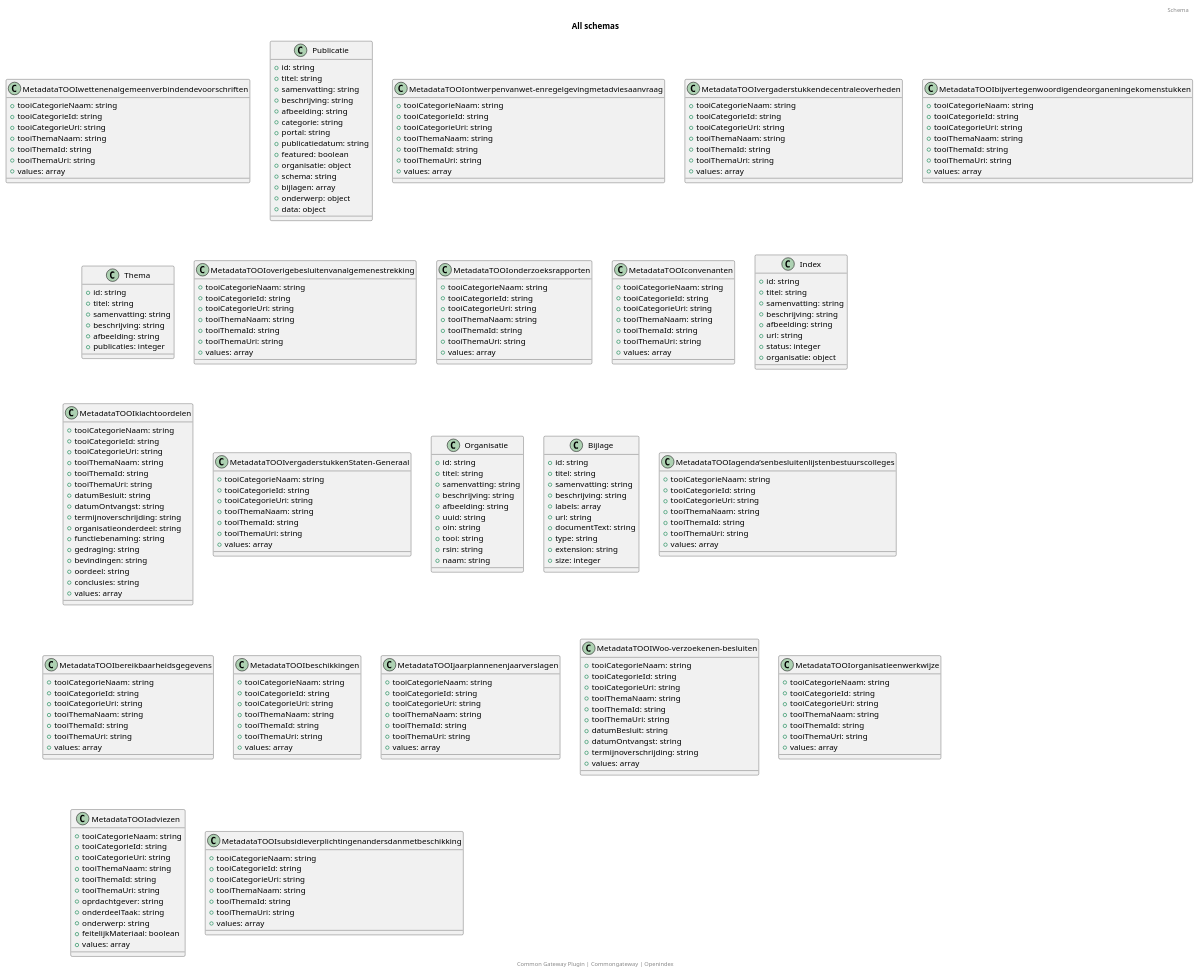
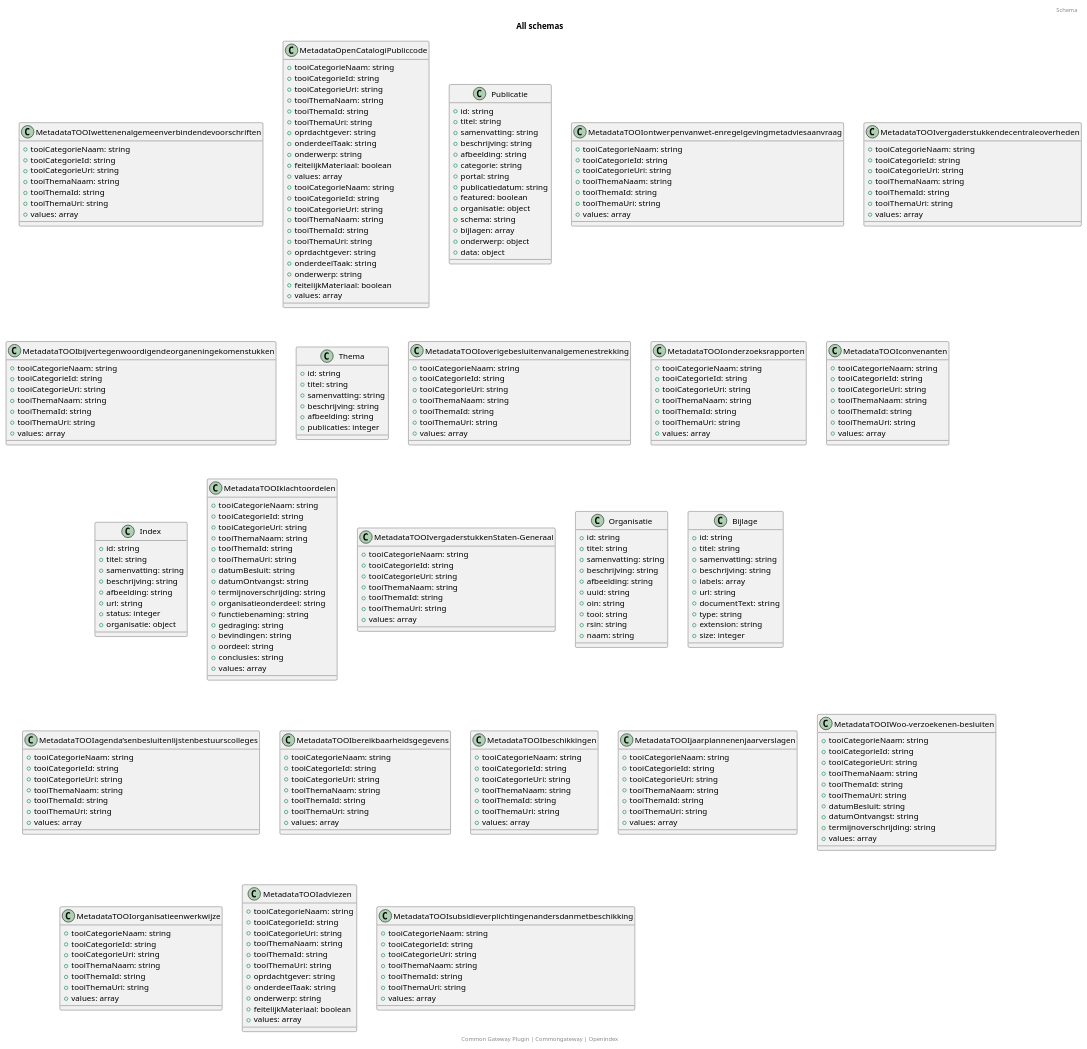
One commit to CommonGateway/OpenIndex changed the diagram in docs/schema/all_schema_classes.puml. Above: the diagram before and after it, drawn with PlantUML. The commit also changed 22 other files, not shown here.

```diff
--- a/docs/schema/all_schema_classes.puml
+++ b/docs/schema/all_schema_classes.puml
@@ -9,6 +9,19 @@
   + tooiThemaNaam: string
   + tooiThemaId: string
   + tooiThemaUri: string
+  + values: array
+}
+class MetadataOpenCatalogiPubliccode {
+  + tooiCategorieNaam: string
+  + tooiCategorieId: string
+  + tooiCategorieUri: string
+  + tooiThemaNaam: string
+  + tooiThemaId: string
+  + tooiThemaUri: string
+  + oprdachtgever: string
+  + onderdeelTaak: string
+  + onderwerp: string
+  + feitelijkMateriaal: boolean
   + values: array
 }
 class Publicatie {
@@ -61,6 +74,19 @@
   + beschrijving: string
   + afbeelding: string
   + publicaties: integer
+}
+class MetadataOpenCatalogiPubliccode {
+  + tooiCategorieNaam: string
+  + tooiCategorieId: string
+  + tooiCategorieUri: string
+  + tooiThemaNaam: string
+  + tooiThemaId: string
+  + tooiThemaUri: string
+  + oprdachtgever: string
+  + onderdeelTaak: string
+  + onderwerp: string
+  + feitelijkMateriaal: boolean
+  + values: array
 }
 class MetadataTOOIoverigebesluitenvanalgemenestrekking {
   + tooiCategorieNaam: string
```
